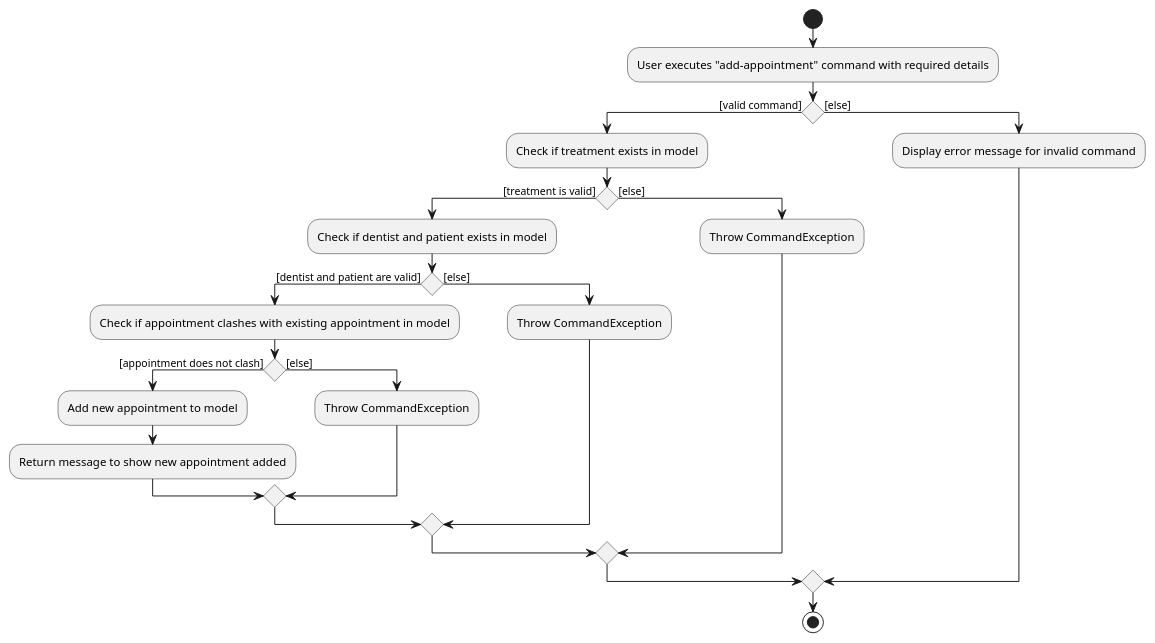
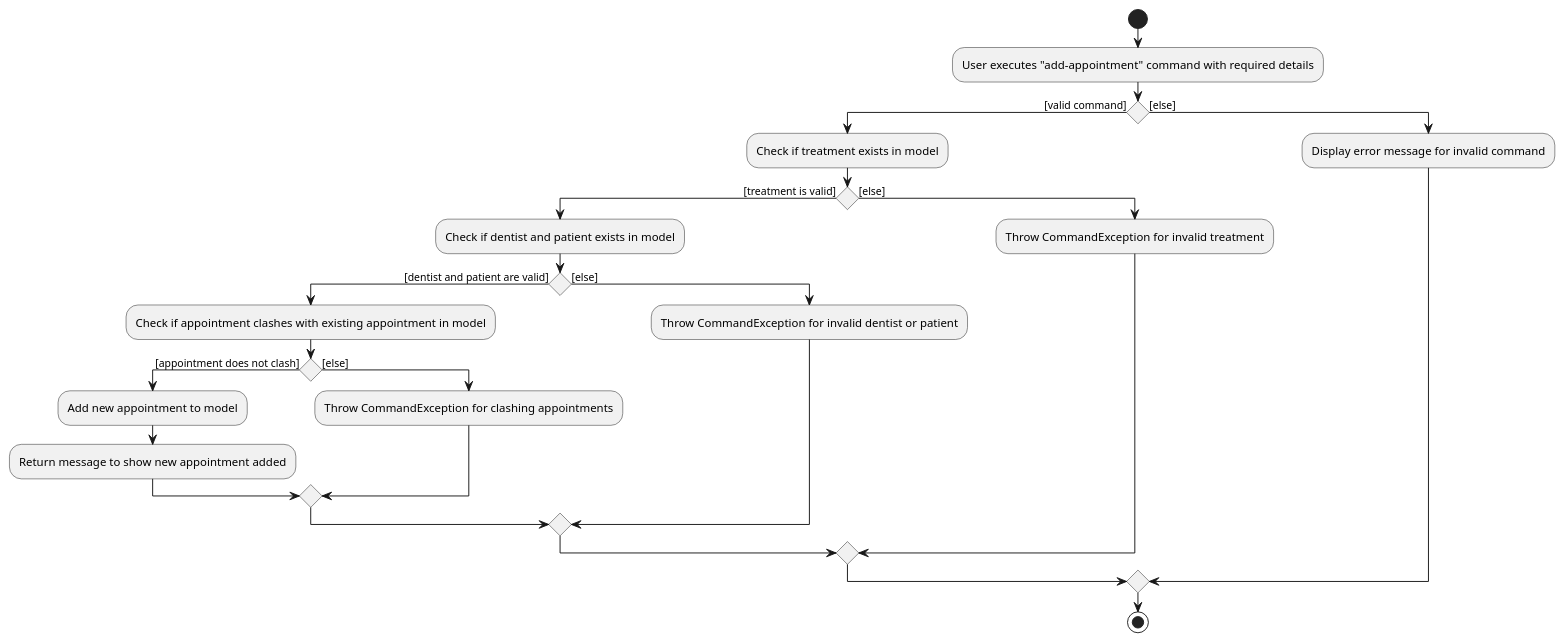
Before and after one commit to techjay-c/tp: the diagram in docs/diagrams/AddAppointmentActivityDiagram.puml, drawn with PlantUML. The commit also changed 1 other file, not shown here.

Commit message:
Update AddAppointmentActivityDiagram

```diff
--- a/docs/diagrams/AddAppointmentActivityDiagram.puml
+++ b/docs/diagrams/AddAppointmentActivityDiagram.puml
@@ -1,33 +1,33 @@
 @startuml
 start
 :User executes "add-appointment" command with required details;
 
 if () then ([valid command])
   :Check if treatment exists in model;
 
     if () then ([treatment is valid])
       :Check if dentist and patient exists in model;
 
       if () then ([dentist and patient are valid])
         :Check if appointment clashes with existing appointment in model;
             if () then ([appointment does not clash])
                 :Add new appointment to model;
                 :Return message to show new appointment added;
             else ([else])
-                :Throw CommandException;
+                :Throw CommandException for clashing appointments;
             endif
 
       else ([else])
-        :Throw CommandException;
+        :Throw CommandException for invalid dentist or patient;
      endif
 
     else ([else])
-      :Throw CommandException;
+      :Throw CommandException for invalid treatment;
     endif
 
 else ([else])
     :Display error message for invalid command;
 endif
 
 stop
 @enduml
```
